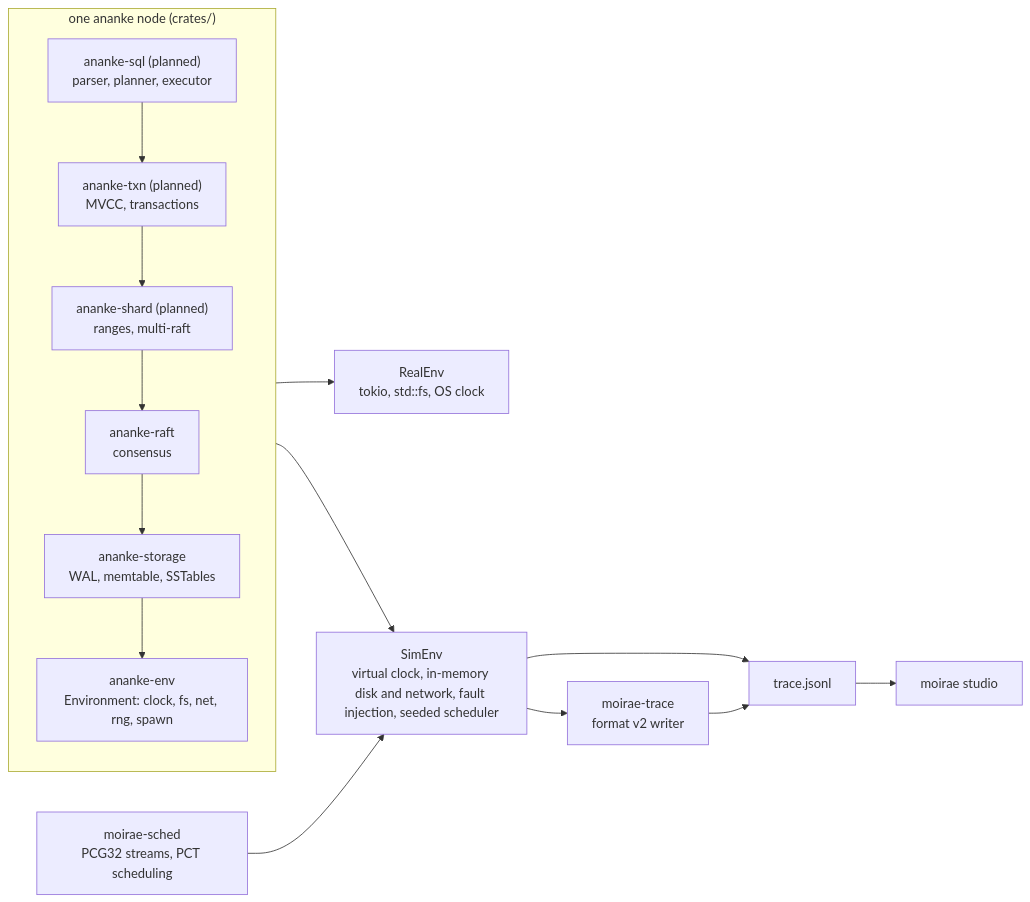
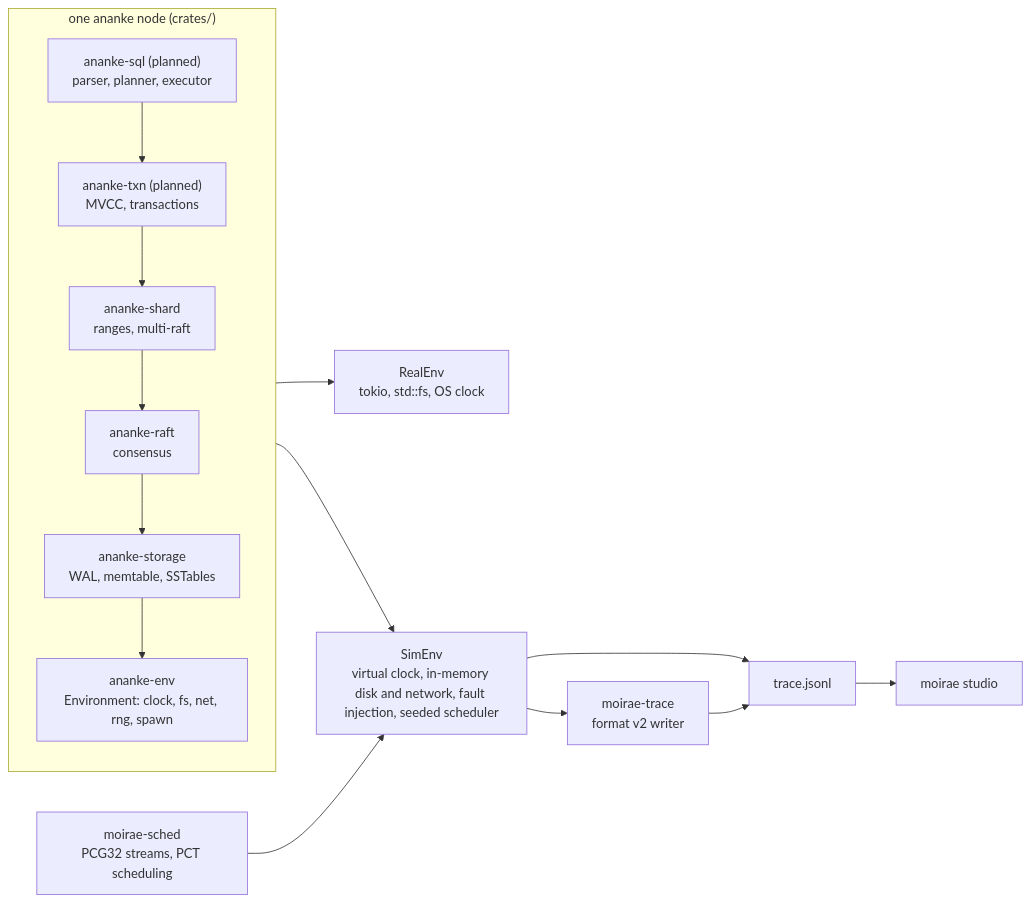
The diagram in README.md (pchrysostomou/ananke), drawn with Mermaid before and after one commit. The commit also changed other lines of this file and 12 other files, not shown here.

````diff
--- a/README.md
+++ b/README.md
@@ -22,18 +22,18 @@
 ```mermaid
 flowchart LR
   subgraph node["one ananke node (crates/)"]
     direction TB
     sql["ananke-sql (planned)<br/>parser, planner, executor"] --> txn["ananke-txn (planned)<br/>MVCC, transactions"]
-    txn --> shard["ananke-shard (planned)<br/>ranges, multi-raft"]
+    txn --> shard["ananke-shard<br/>ranges, multi-raft"]
     shard --> raft["ananke-raft<br/>consensus"]
     raft --> storage["ananke-storage<br/>WAL, memtable, SSTables"]
     storage --> env["ananke-env<br/>Environment: clock, fs, net, rng, spawn"]
   end
   env --> real["RealEnv<br/>tokio, std::fs, OS clock"]
   env --> sim["SimEnv<br/>virtual clock, in-memory disk and network, fault injection, seeded scheduler"]
   sim --> trace["trace.jsonl"]
   trace --> studio["moirae studio"]
   sched["moirae-sched<br/>PCG32 streams, PCT scheduling"] --> sim
   sim --> wtrace["moirae-trace<br/>format v2 writer"]
   wtrace --> trace
 ```
````
